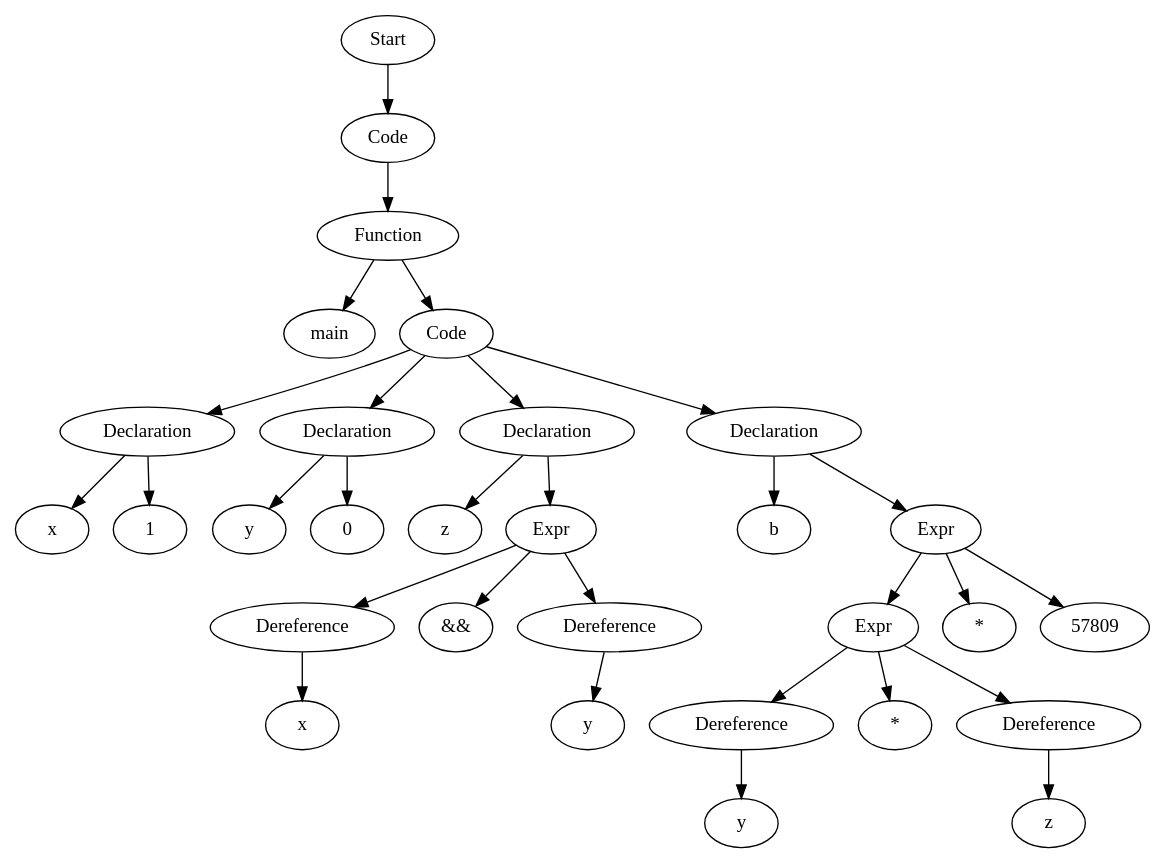
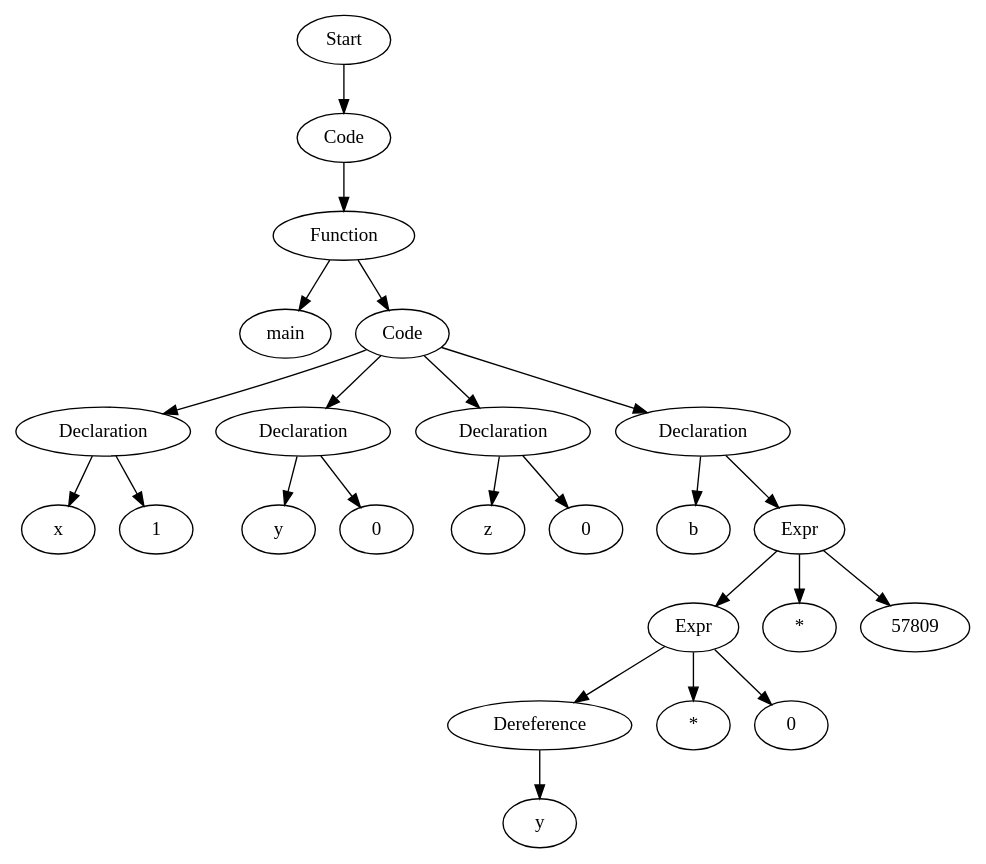
One commit to Are-you-listening/Compilers changed the diagram in testfiles/basic_tests_123/proj3_man_pass_typedefASTVisual.dot. Above: the diagram before and after it, drawn with Graphviz. The commit also changed 27 other files, not shown here.

```diff
--- a/testfiles/basic_tests_123/proj3_man_pass_typedefASTVisual.dot
+++ b/testfiles/basic_tests_123/proj3_man_pass_typedefASTVisual.dot
@@ -1,61 +1,49 @@
 digraph AST {
-  "134272668293040" [label="Start"];
-  "134272668293040" -> "134272668302736";
-  "134272668302736" [label="Code"];
-  "134272668302736" -> "134272668292848";
-  "134272668292848" [label="Function"];
-  "134272668292848" -> "134272668294144";
-  "134272668292848" -> "134272668293760";
-  "134272668294144" [label="main"];
-  "134272668293760" [label="Code"];
-  "134272668293760" -> "134272668295296";
-  "134272668293760" -> "134272668301536";
-  "134272668293760" -> "134272668299280";
-  "134272668293760" -> "134272668299040";
-  "134272668295296" [label="Declaration"];
-  "134272668295296" -> "134272668298896";
-  "134272668295296" -> "134272668303312";
-  "134272668298896" [label="x"];
-  "134272668303312" [label="1"];
-  "134272668301536" [label="Declaration"];
-  "134272668301536" -> "134272668302784";
-  "134272668301536" -> "134272668287616";
-  "134272668302784" [label="y"];
-  "134272668287616" [label="0"];
-  "134272668299280" [label="Declaration"];
-  "134272668299280" -> "134272668289344";
-  "134272668299280" -> "134272668300864";
-  "134272668289344" [label="z"];
-  "134272668300864" [label="Expr"];
-  "134272668300864" -> "134272668300912";
-  "134272668300864" -> "134272668297840";
-  "134272668300864" -> "134272668288864";
-  "134272668300912" [label="Dereference"];
-  "134272668300912" -> "134272668295344";
-  "134272668295344" [label="x"];
-  "134272668297840" [label="&&"];
-  "134272668288864" [label="Dereference"];
-  "134272668288864" -> "134272668295248";
-  "134272668295248" [label="y"];
-  "134272668299040" [label="Declaration"];
-  "134272668299040" -> "134272668292896";
-  "134272668299040" -> "134272668295488";
-  "134272668292896" [label="b"];
-  "134272668295488" [label="Expr"];
-  "134272668295488" -> "134272668287760";
-  "134272668295488" -> "134272668293472";
-  "134272668295488" -> "134272668292368";
-  "134272668287760" [label="Expr"];
-  "134272668287760" -> "134272668301488";
-  "134272668287760" -> "134272668295632";
-  "134272668287760" -> "134272668298224";
-  "134272668301488" [label="Dereference"];
-  "134272668301488" -> "134272668287472";
-  "134272668287472" [label="y"];
-  "134272668295632" [label="*"];
-  "134272668298224" [label="Dereference"];
-  "134272668298224" -> "134272668288720";
-  "134272668288720" [label="z"];
-  "134272668293472" [label="*"];
-  "134272668292368" [label="57809"];
+  "136291553359520" [label="Start"];
+  "136291553359520" -> "136291553353232";
+  "136291553353232" [label="Code"];
+  "136291553353232" -> "136291553358560";
+  "136291553358560" [label="Function"];
+  "136291553358560" -> "136291553352848";
+  "136291553358560" -> "136291553355776";
+  "136291553352848" [label="main"];
+  "136291553355776" [label="Code"];
+  "136291553355776" -> "136291553358704";
+  "136291553355776" -> "136291553356112";
+  "136291553355776" -> "136291553357216";
+  "136291553355776" -> "136291553361008";
+  "136291553358704" [label="Declaration"];
+  "136291553358704" -> "136291553353664";
+  "136291553358704" -> "136291553355392";
+  "136291553353664" [label="x"];
+  "136291553355392" [label="1"];
+  "136291553356112" [label="Declaration"];
+  "136291553356112" -> "136291553347280";
+  "136291553356112" -> "136291553354864";
+  "136291553347280" [label="y"];
+  "136291553354864" [label="0"];
+  "136291553357216" [label="Declaration"];
+  "136291553357216" -> "136291553360624";
+  "136291553357216" -> "136291553361200";
+  "136291553360624" [label="z"];
+  "136291553361200" [label="0"];
+  "136291553361008" [label="Declaration"];
+  "136291553361008" -> "136291553361824";
+  "136291553361008" -> "136291553476816";
+  "136291553361824" [label="b"];
+  "136291553476816" [label="Expr"];
+  "136291553476816" -> "136291553476912";
+  "136291553476816" -> "136291553477104";
+  "136291553476816" -> "136291553477872";
+  "136291553476912" [label="Expr"];
+  "136291553476912" -> "136291553356544";
+  "136291553476912" -> "136291553477248";
+  "136291553476912" -> "136291553477632";
+  "136291553356544" [label="Dereference"];
+  "136291553356544" -> "136291553477344";
+  "136291553477344" [label="y"];
+  "136291553477248" [label="*"];
+  "136291553477632" [label="0"];
+  "136291553477104" [label="*"];
+  "136291553477872" [label="57809"];
 }
```
